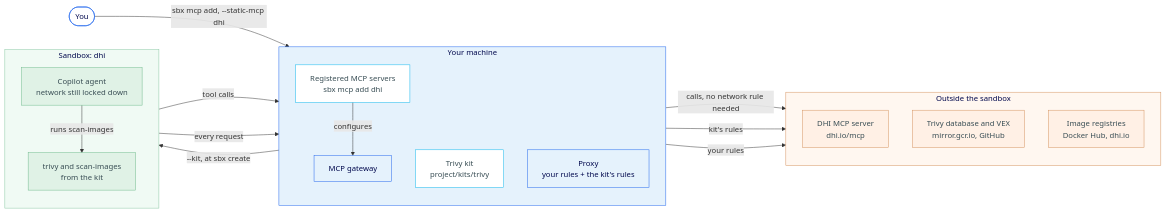
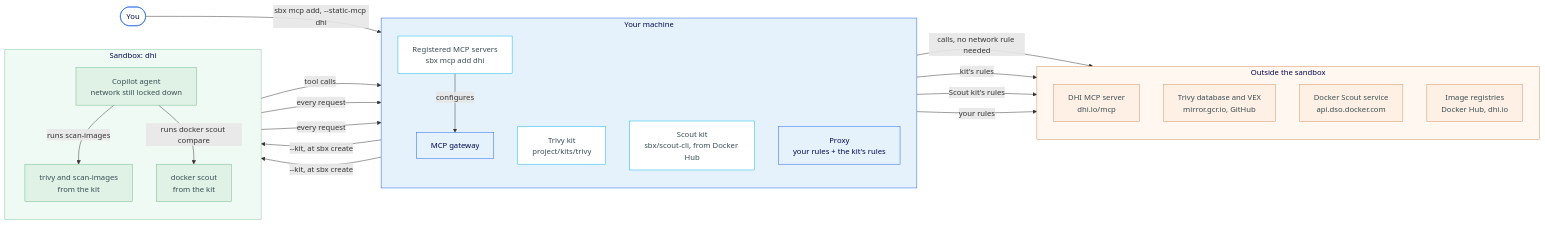
The diagram in simspace/labs/docker-sandboxes-copilot/10-mcp-servers.md (mathieu-benoit/sbx-lab), drawn with Mermaid before and after one commit. The commit also changed other lines of this file and 5 other files, not shown here.

First line of the commit message:
Add a Docker Scout section to the MCP servers module

````diff
--- a/simspace/labs/docker-sandboxes-copilot/10-mcp-servers.md
+++ b/simspace/labs/docker-sandboxes-copilot/10-mcp-servers.md
@@ -9,49 +9,59 @@
 ```mermaid
 graph LR
     You(["You"])
 
     subgraph Host["Your machine"]
         direction TB
         McpRegistry["Registered MCP servers<br/>sbx mcp add dhi"]
         Gateway["MCP gateway"]
         TrivyKit["Trivy kit<br/>project/kits/trivy"]
+        ScoutKit["Scout kit<br/>sbx/scout-cli, from Docker Hub"]
         Proxy["Proxy<br/>your rules + the kit's rules"]
     end
 
     subgraph Sandbox["Sandbox: dhi"]
         direction TB
         Agent["Copilot agent<br/>network still locked down"]
         Trivy["trivy and scan-images<br/>from the kit"]
+        Scout["docker scout<br/>from the kit"]
     end
 
     subgraph Outside["Outside the sandbox"]
         direction TB
         Dhi["DHI MCP server<br/>dhi.io/mcp"]
         TrivySources["Trivy database and VEX<br/>mirror.gcr.io, GitHub"]
+        ScoutApi["Docker Scout service<br/>api.dso.docker.com"]
         Registries["Image registries<br/>Docker Hub, dhi.io"]
     end
 
     You -->|"sbx mcp add, --static-mcp dhi"| McpRegistry
     McpRegistry -->|configures| Gateway
     Agent -->|tool calls| Gateway
     Gateway -->|"calls, no network rule needed"| Dhi
     TrivyKit -->|"--kit, at sbx create"| Trivy
     Agent -->|"runs scan-images"| Trivy
     Trivy -->|every request| Proxy
     Proxy -->|"kit's rules"| TrivySources
+    ScoutKit -->|"--kit, at sbx create"| Scout
+    Agent -->|"runs docker scout compare"| Scout
+    Scout -->|every request| Proxy
+    Proxy -->|"Scout kit's rules"| ScoutApi
     Proxy -->|"your rules"| Registries
 
     style Host fill:#E5F2FC,stroke:#1D63ED,color:#00084D
     style Sandbox fill:#f0faf4,stroke:#86c5a0,color:#00084D
     style Outside fill:#fff7f0,stroke:#d4915e,color:#00084D
     style McpRegistry fill:#fff,stroke:#0DB7ED,color:#384D54
     style TrivyKit fill:#fff,stroke:#0DB7ED,color:#384D54
+    style ScoutKit fill:#fff,stroke:#0DB7ED,color:#384D54
     style Gateway fill:#E5F2FC,stroke:#1D63ED,color:#00084D
     style Proxy fill:#E5F2FC,stroke:#1D63ED,color:#00084D
     style Agent fill:#e0f2e6,stroke:#6db88a,color:#384D54
     style Trivy fill:#e0f2e6,stroke:#6db88a,color:#384D54
+    style Scout fill:#e0f2e6,stroke:#6db88a,color:#384D54
     style Dhi fill:#fff0e5,stroke:#d4915e,color:#384D54
     style TrivySources fill:#fff0e5,stroke:#d4915e,color:#384D54
+    style ScoutApi fill:#fff0e5,stroke:#d4915e,color:#384D54
     style Registries fill:#fff0e5,stroke:#d4915e,color:#384D54
     style You fill:#fff,stroke:#1D63ED,color:#00084D
 ```
````
